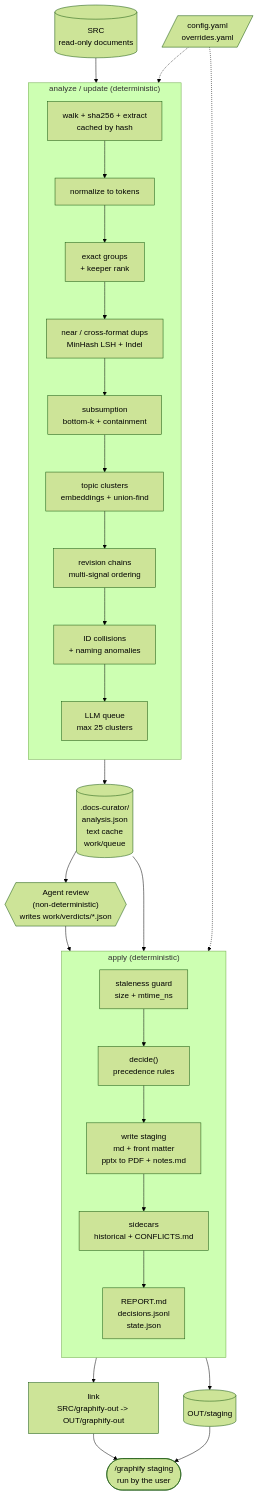
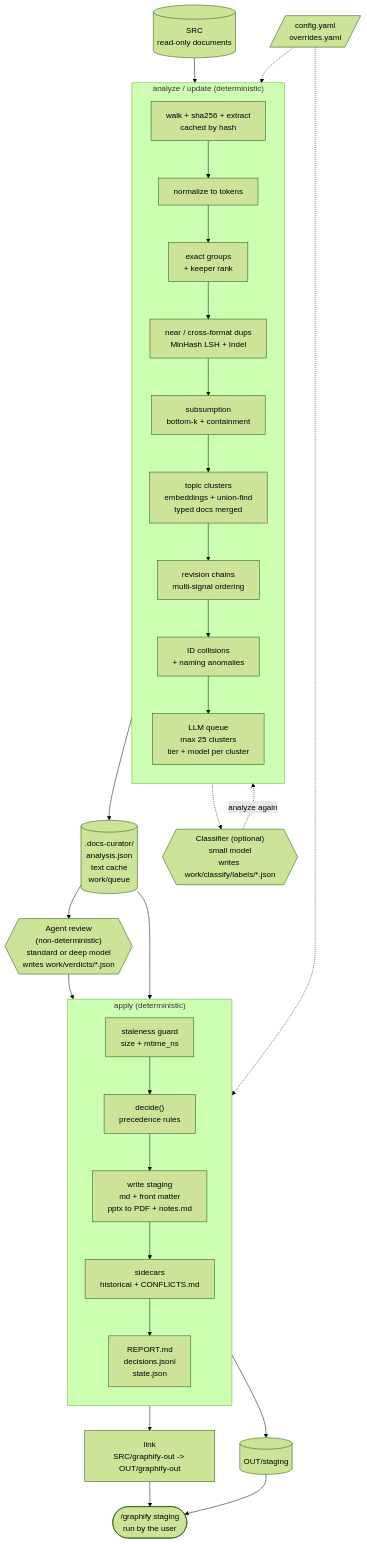
One commit to bkbatchelor/skills changed the diagram in docs/docs-curator/docs/How docs-curator works.md. Above: the diagram before and after it, drawn with Mermaid (forest theme). The commit also changed other lines of this file and 11 other files, not shown here.

````diff
--- a/docs/docs-curator/docs/How docs-curator works.md
+++ b/docs/docs-curator/docs/How docs-curator works.md
@@ -7,48 +7,51 @@
 ```mermaid
 flowchart TD
     SRC[("SRC<br/>read-only documents")]
 
     subgraph A["analyze / update (deterministic)"]
         direction TB
         A1[walk + sha256 + extract<br/>cached by hash]
         A2[normalize to tokens]
         A3[exact groups<br/>+ keeper rank]
         A4[near / cross-format dups<br/>MinHash LSH + Indel]
         A5[subsumption<br/>bottom-k + containment]
-        A6[topic clusters<br/>embeddings + union-find]
+        A6[topic clusters<br/>embeddings + union-find<br/>typed docs merged]
         A7[revision chains<br/>multi-signal ordering]
         A8[ID collisions<br/>+ naming anomalies]
-        A9[LLM queue<br/>max 25 clusters]
+        A9[LLM queue<br/>max 25 clusters<br/>tier + model per cluster]
         A1 --> A2 --> A3 --> A4 --> A5 --> A6 --> A7 --> A8 --> A9
     end
 
     WORK[(".docs-curator/<br/>analysis.json<br/>text cache<br/>work/queue")]
-    LLM{{"Agent review<br/>(non-deterministic)<br/>writes work/verdicts/*.json"}}
+    CLS{{"Classifier (optional)<br/>small model<br/>writes work/classify/labels/*.json"}}
+    LLM{{"Agent review<br/>(non-deterministic)<br/>standard or deep model<br/>writes work/verdicts/*.json"}}
 
     subgraph B["apply (deterministic)"]
         direction TB
         B1[staleness guard<br/>size + mtime_ns]
         B2["decide()<br/>precedence rules"]
         B3[write staging<br/>md + front matter<br/>pptx to PDF + notes.md]
         B4[sidecars<br/>historical + CONFLICTS.md]
         B5[REPORT.md<br/>decisions.jsonl<br/>state.json]
         B1 --> B2 --> B3 --> B4 --> B5
     end
 
     OVR[/"config.yaml<br/>overrides.yaml"/]
     STG[("OUT/staging")]
     LINK["link<br/>SRC/graphify-out -> OUT/graphify-out"]
     GFY(["/graphify staging<br/>run by the user"])
 
     SRC --> A1
+    A1 -.-> CLS
+    CLS -.->|"analyze again"| A6
     A9 --> WORK
     WORK --> LLM
     LLM --> B1
     WORK --> B1
     OVR -.-> A
     OVR -.-> B2
     B3 --> STG
     B5 --> LINK
     LINK --> GFY
     STG --> GFY
 ```
````
